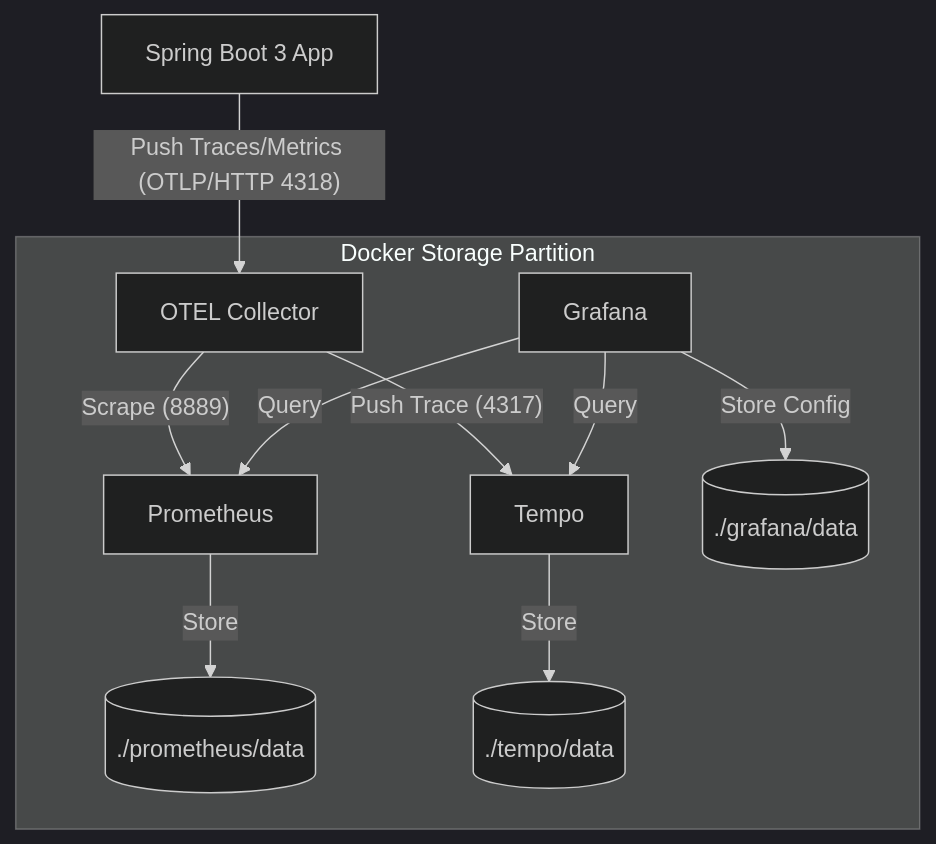
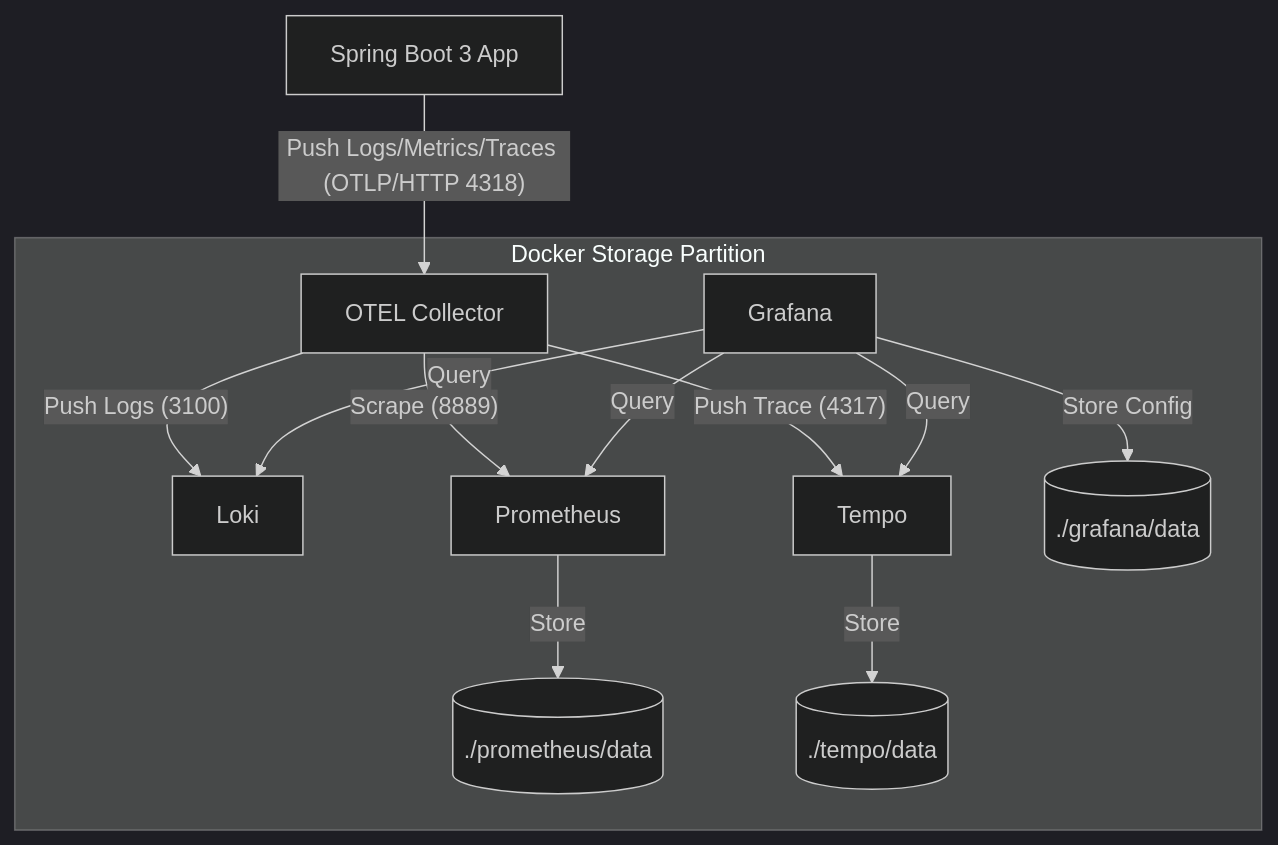
One commit to govacode/xtrarust-cloud changed the diagram in script/docker/monitor/README.md. Above: the diagram before and after it, drawn with Mermaid (dark theme). The commit also changed other lines of this file and 21 other files, not shown here.

Commit message:
feat: spring boot observability

````diff
--- a/script/docker/monitor/README.md
+++ b/script/docker/monitor/README.md
@@ -33,16 +16,18 @@
 ```mermaid
 graph TD
-    App[Spring Boot 3 App] -- "Push Traces/Metrics (OTLP/HTTP 4318)" --> OTEL[OTEL Collector]
+    App[Spring Boot 3 App] -- "Push Logs/Metrics/Traces (OTLP/HTTP 4318)" --> OTEL[OTEL Collector]
     
     subgraph "Docker Storage Partition"
-        OTEL -- "Scrape (8889)" --> Prom[Prometheus]
+        OTEL -- "Push Logs (3100)" --> Loki[Loki]
+        OTEL -- "Scrape (8889)" --> Prometheus[Prometheus]
         OTEL -- "Push Trace (4317)" --> Tempo[Tempo]
-        
-        Prom -- "Store" --> PData[(./prometheus/data)]
+
+        Prometheus -- "Store" --> PData[(./prometheus/data)]
         Tempo -- "Store" --> TData[(./tempo/data)]
         
-        Grafana[Grafana] -- "Query" --> Prom
+        Grafana[Grafana] -- "Query" --> Loki
+        Grafana -- "Query" --> Prometheus
         Grafana -- "Query" --> Tempo
         Grafana -- "Store Config" --> GData[(./grafana/data)]
     end
 ```
````
